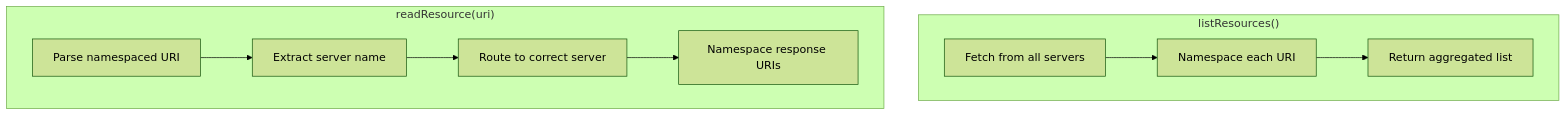
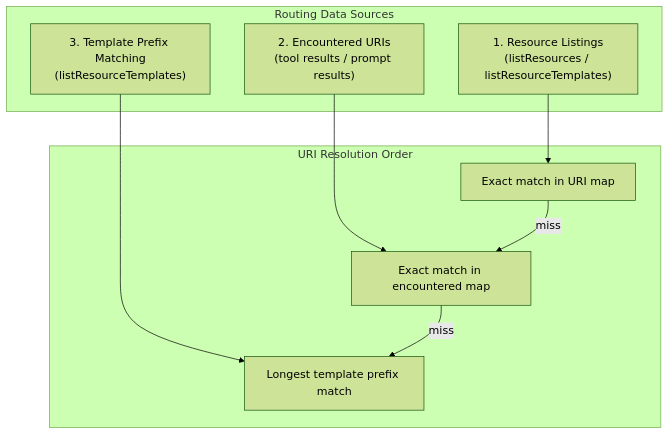
Before and after one commit to karashiiro/my-cool-proxy: the second of 5 diagrams in docs/design/resource-namespacing.md, drawn with Mermaid (forest theme). The commit also changed other lines of this file and 8 other files, not shown here.

````diff
--- a/docs/design/resource-namespacing.md
+++ b/docs/design/resource-namespacing.md
@@ -57,17 +52,21 @@
 ```mermaid
 flowchart TB
-    subgraph List["listResources()"]
-        L1["Fetch from all servers"]
-        L2["Namespace each URI"]
-        L3["Return aggregated list"]
-        L1 --> L2 --> L3
+    subgraph Sources["Routing Data Sources"]
+        List["1. Resource Listings<br/>(listResources / listResourceTemplates)"]
+        Encountered["2. Encountered URIs<br/>(tool results / prompt results)"]
+        Templates["3. Template Prefix Matching<br/>(listResourceTemplates)"]
     end
 
-    subgraph Read["readResource(uri)"]
-        R1["Parse namespaced URI"]
-        R2["Extract server name"]
-        R3["Route to correct server"]
-        R4["Namespace response URIs"]
-        R1 --> R2 --> R3 --> R4
+    subgraph Resolution["URI Resolution Order"]
+        R1["Exact match in URI map"]
+        R2["Exact match in encountered map"]
+        R3["Longest template prefix match"]
     end
+
+    List --> R1
+    Encountered --> R2
+    Templates --> R3
+
+    R1 -->|"miss"| R2
+    R2 -->|"miss"| R3
 ```
````
